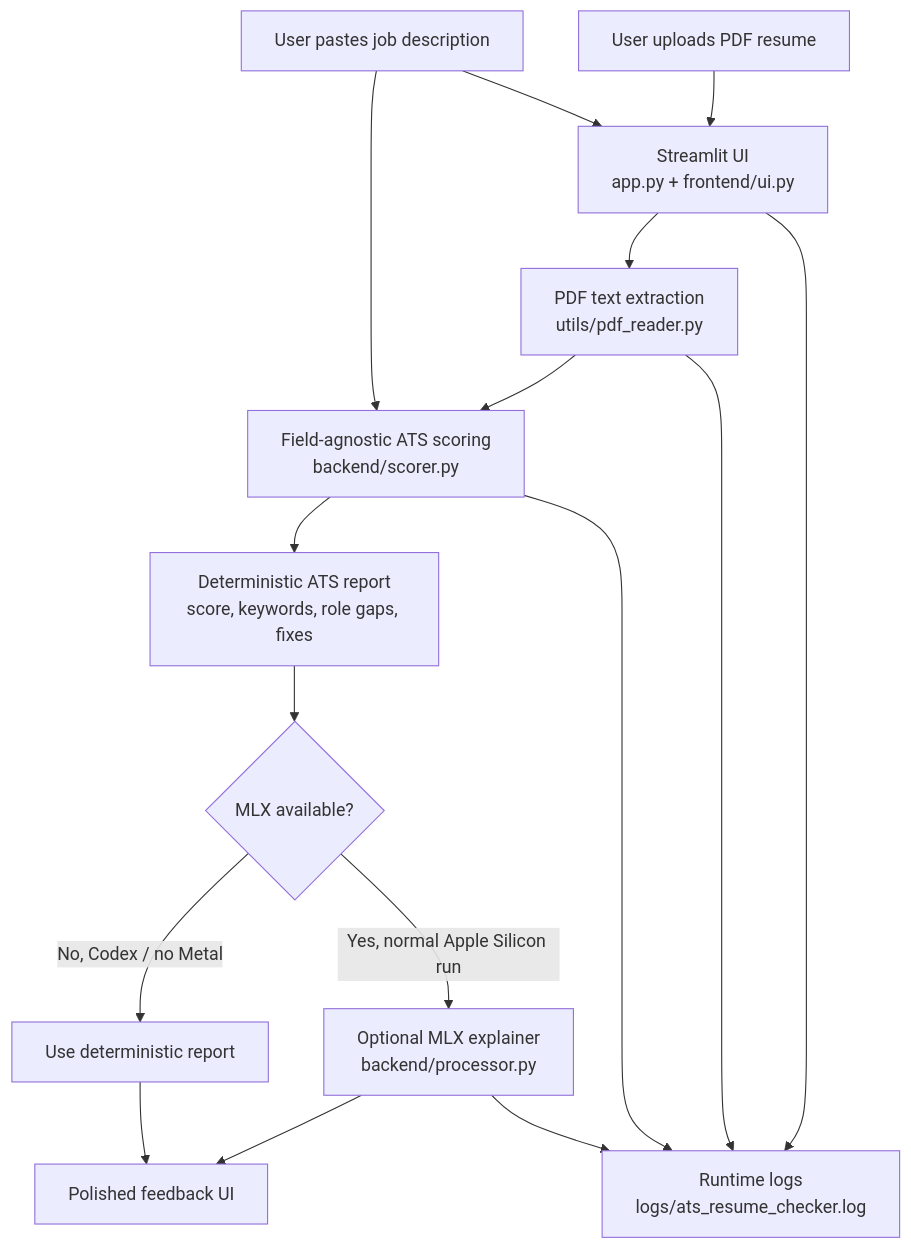
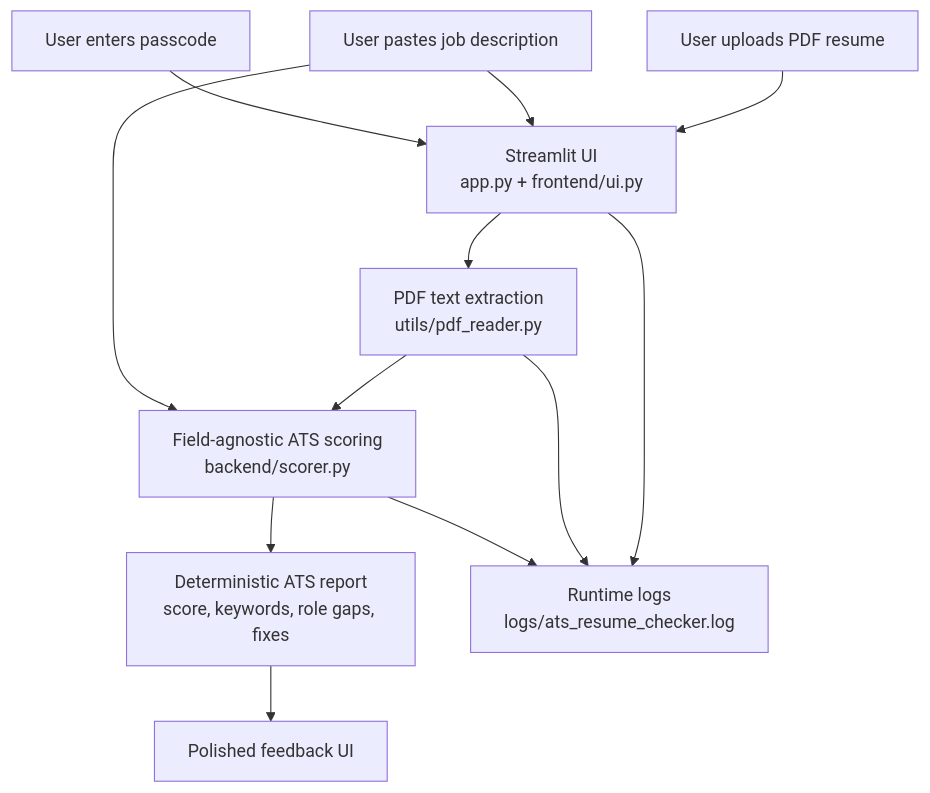
The diagram in docs/architecture.md (shreyshrivastava/ats_resume_checker_gemma3_hf), drawn with Mermaid before and after one commit. The commit also changed other lines of this file and 4 other files, not shown here.

````diff
--- a/docs/architecture.md
+++ b/docs/architecture.md
@@ -11,18 +11,14 @@
 ```mermaid
 flowchart TD
     A["User uploads PDF resume"] --> B["Streamlit UI<br/>app.py + frontend/ui.py"]
     C["User pastes job description"] --> B
+    L["User enters passcode"] --> B
     B --> D["PDF text extraction<br/>utils/pdf_reader.py"]
     D --> E["Field-agnostic ATS scoring<br/>backend/scorer.py"]
     C --> E
     E --> F["Deterministic ATS report<br/>score, keywords, role gaps, fixes"]
-    F --> G{"MLX available?"}
-    G -- "Yes, normal Apple Silicon run" --> H["Optional MLX explainer<br/>backend/processor.py"]
-    G -- "No, Codex / no Metal" --> I["Use deterministic report"]
-    H --> J["Polished feedback UI"]
-    I --> J
+    F --> J["Polished feedback UI"]
     B --> K["Runtime logs<br/>logs/ats_resume_checker.log"]
     D --> K
     E --> K
-    H --> K
 ```
````
